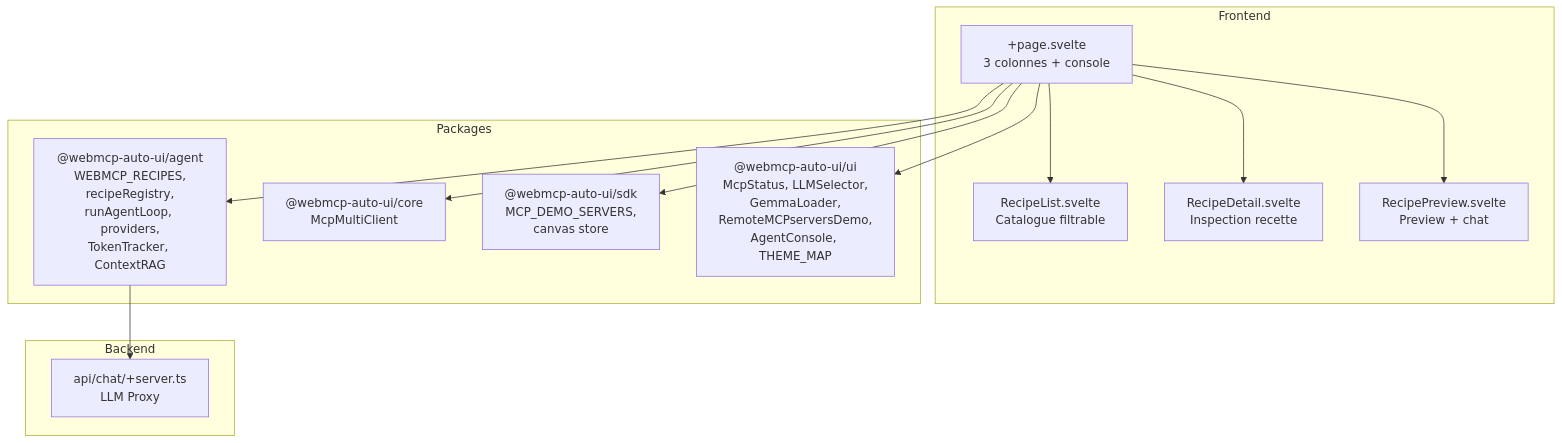
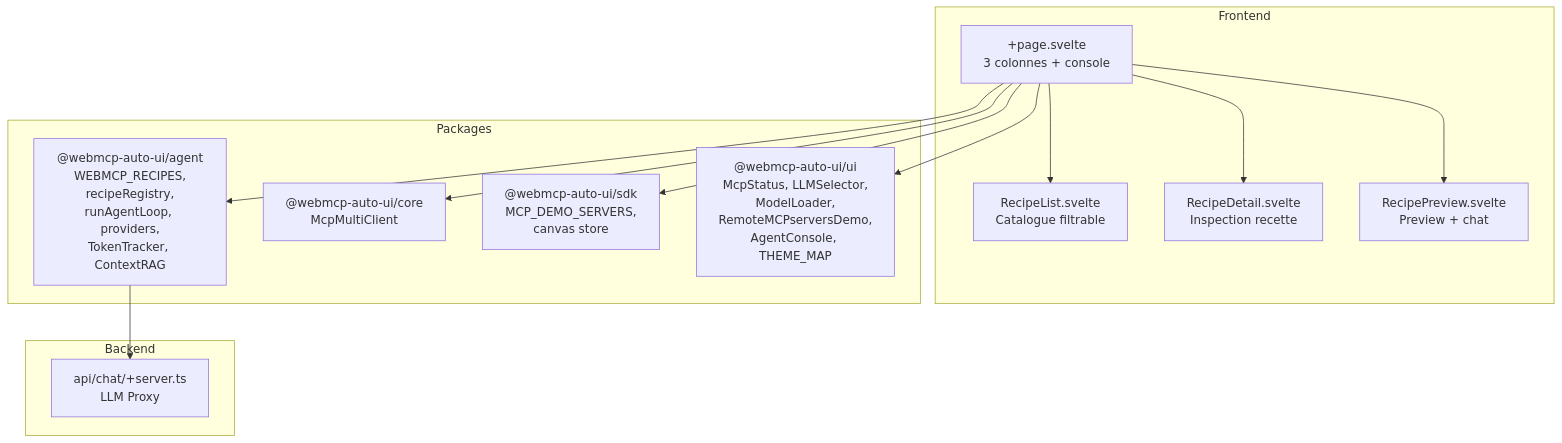
Before and after one commit to jeanbaptiste/webmcp-auto-ui: the diagram in docs-site/src/content/docs/apps/recipes.md, drawn with Mermaid. The commit also changed other lines of this file and 19 other files, not shown here.

First line of the commit message:
docs: propagate GemmaLoader → ModelLoader rename across documentation

````diff
--- a/docs-site/src/content/docs/apps/recipes.md
+++ b/docs-site/src/content/docs/apps/recipes.md
@@ -32,24 +32,24 @@
 ```mermaid
 graph TD
     subgraph Frontend
         Page["+page.svelte<br/>3 colonnes + console"]
         RecipeList["RecipeList.svelte<br/>Catalogue filtrable"]
         RecipeDetail["RecipeDetail.svelte<br/>Inspection recette"]
         RecipePreview["RecipePreview.svelte<br/>Preview + chat"]
     end
 
     subgraph Packages
         Agent["@webmcp-auto-ui/agent<br/>WEBMCP_RECIPES,<br/>recipeRegistry,<br/>runAgentLoop, providers,<br/>TokenTracker, ContextRAG"]
         Core["@webmcp-auto-ui/core<br/>McpMultiClient"]
         SDK["@webmcp-auto-ui/sdk<br/>MCP_DEMO_SERVERS,<br/>canvas store"]
-        UI["@webmcp-auto-ui/ui<br/>McpStatus, LLMSelector,<br/>GemmaLoader,<br/>RemoteMCPserversDemo,<br/>AgentConsole, THEME_MAP"]
+        UI["@webmcp-auto-ui/ui<br/>McpStatus, LLMSelector,<br/>ModelLoader,<br/>RemoteMCPserversDemo,<br/>AgentConsole, THEME_MAP"]
     end
 
     subgraph Backend
         Proxy["api/chat/+server.ts<br/>LLM Proxy"]
     end
 
     Page --> RecipeList & RecipeDetail & RecipePreview
     Page --> Agent & Core & SDK & UI
     Agent --> Proxy
 ```
````
